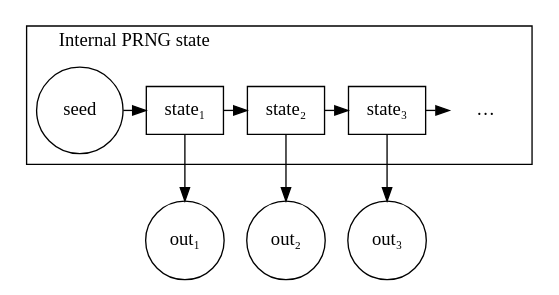
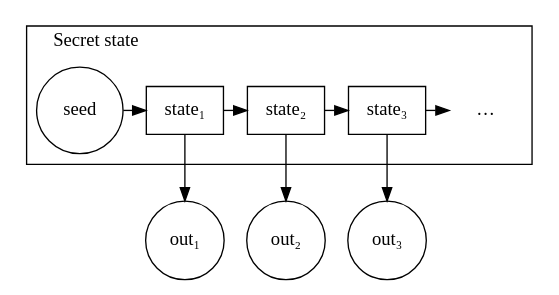
One commit to 46bit/entropy-practical changed the diagram in docs/_images/prng.dot. Above: the diagram before and after it, drawn with Graphviz. The commit also changed 1 other file, not shown here.

Commit message:
Changed PRNG diagram to emphasise secrecy.

```diff
--- a/docs/_images/prng.dot
+++ b/docs/_images/prng.dot
@@ -1,23 +1,23 @@
 digraph G {
   subgraph clustersecret {
     labeljust=l;
     labelloc=t;
     color=black;
-    label="Internal PRNG state";
+    label="Secret state";
 
     rank=same {
       "seed" [shape=circle];
       "…" [shape=none];
 
       node [shape=rect];
       "seed" -> "state₁" -> "state₂" -> "state₃" -> "…";
     }
   }
 
   subgraph public {
     node [shape=circle];
     "state₁" -> "out₁";
     "state₂" -> "out₂";
     "state₃" -> "out₃";
   }
 }
```
